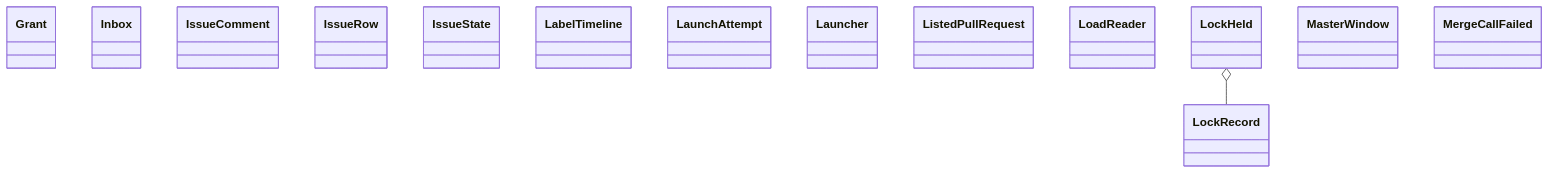
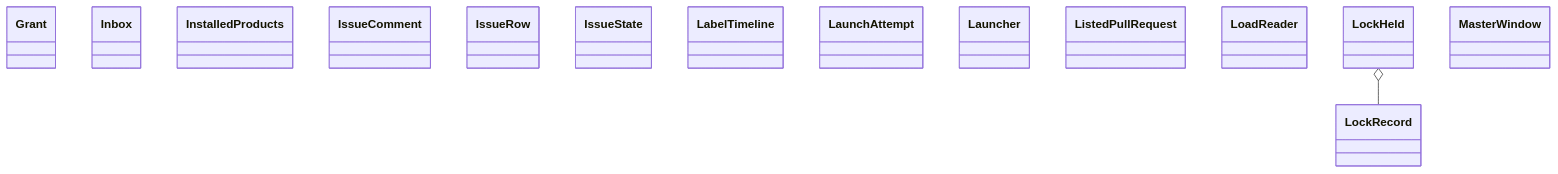
The diagram in docs/architecture/generated/classes-process-application-support-3.md (GonzaloZevallos/agentic-system), drawn with Mermaid before and after one commit. The commit also changed 8 other files, not shown here.

Commit message:
Regenerate the architecture and CLI reference pages

````diff
--- a/docs/architecture/generated/classes-process-application-support-3.md
+++ b/docs/architecture/generated/classes-process-application-support-3.md
@@ -19,18 +19,18 @@
 ```mermaid
 classDiagram
     class ports__Grant["Grant"]
     class ports__Inbox["Inbox"]
+    class ports__InstalledProducts["InstalledProducts"]
     class ports__IssueComment["IssueComment"]
     class ports__IssueRow["IssueRow"]
     class ports__IssueState["IssueState"]
     class ports__LabelTimeline["LabelTimeline"]
     class ports__LaunchAttempt["LaunchAttempt"]
     class ports__Launcher["Launcher"]
     class ports__ListedPullRequest["ListedPullRequest"]
     class ports__LoadReader["LoadReader"]
     class ports__LockHeld["LockHeld"]
     class ports__LockRecord["LockRecord"]
     class ports__MasterWindow["MasterWindow"]
-    class ports__MergeCallFailed["MergeCallFailed"]
     ports__LockHeld o-- ports__LockRecord
 ```
````
